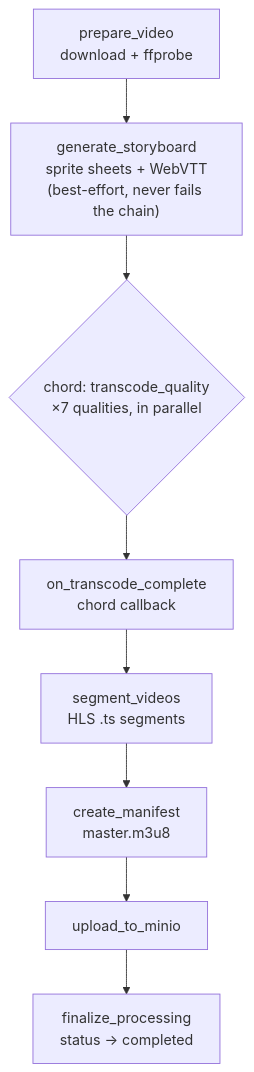
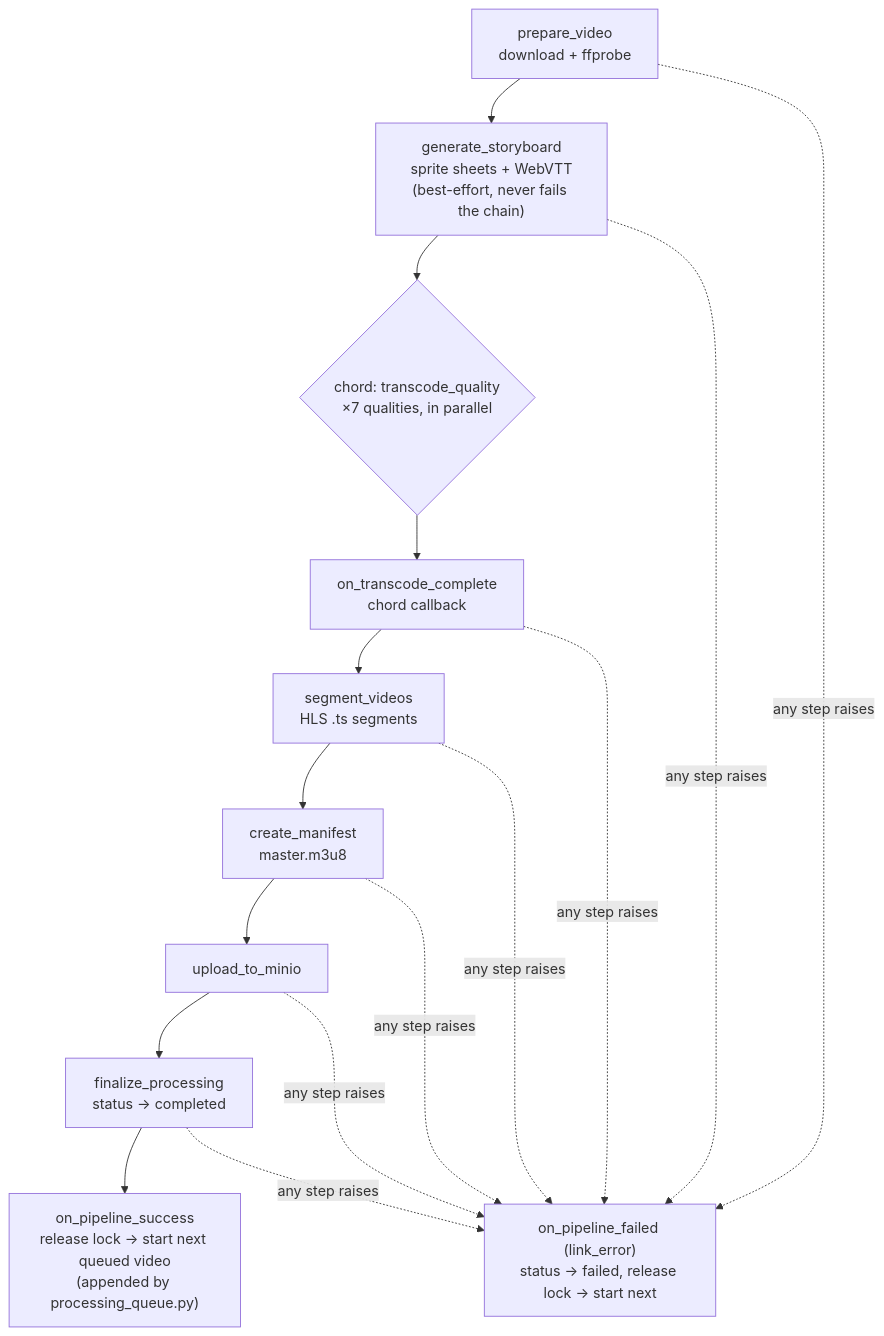
One commit to Suman196pokhrel/vod-app changed the diagram in docs/06_VIDEO_PROCESSING_PIPELINE.md. Above: the diagram before and after it, drawn with Mermaid. The commit also changed other lines of this file and 3 other files, not shown here.

First line of the commit message:
docs: document the processing queue fix, failure handling and recovery

````diff
--- a/docs/06_VIDEO_PROCESSING_PIPELINE.md
+++ b/docs/06_VIDEO_PROCESSING_PIPELINE.md
@@ -51,10 +53,12 @@
 ```mermaid
 flowchart TD
     A["prepare_video<br/>download + ffprobe"] --> B["generate_storyboard<br/>sprite sheets + WebVTT<br/>(best-effort, never fails the chain)"]
     B --> C{"chord: transcode_quality<br/>×7 qualities, in parallel"}
     C --> D["on_transcode_complete<br/>chord callback"]
     D --> E["segment_videos<br/>HLS .ts segments"]
     E --> F["create_manifest<br/>master.m3u8"]
     F --> G["upload_to_minio"]
     G --> H["finalize_processing<br/>status → completed"]
+    H --> I["on_pipeline_success<br/>release lock → start next queued video<br/>(appended by processing_queue.py)"]
+    A & B & D & E & F & G & H -. "any step raises" .-> X["on_pipeline_failed (link_error)<br/>status → failed, release lock → start next"]
 ```
````
